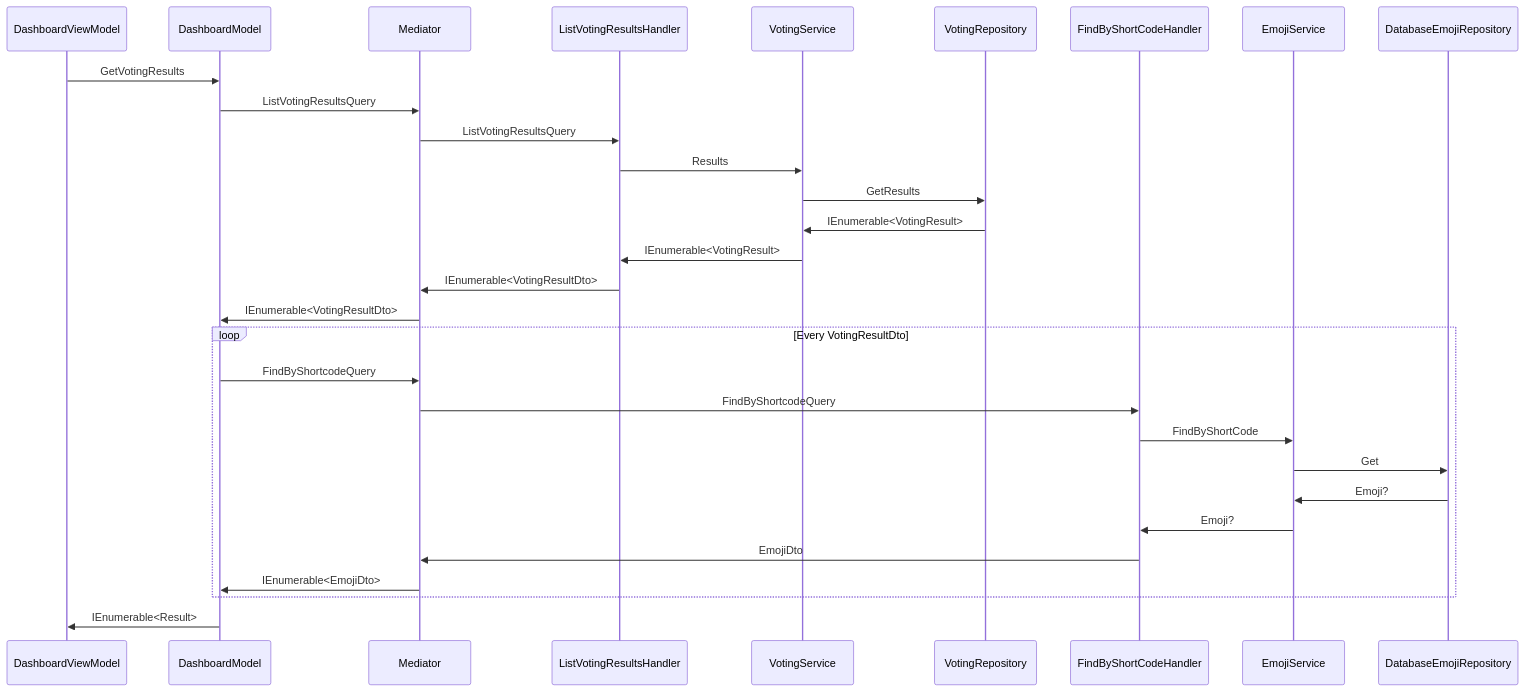
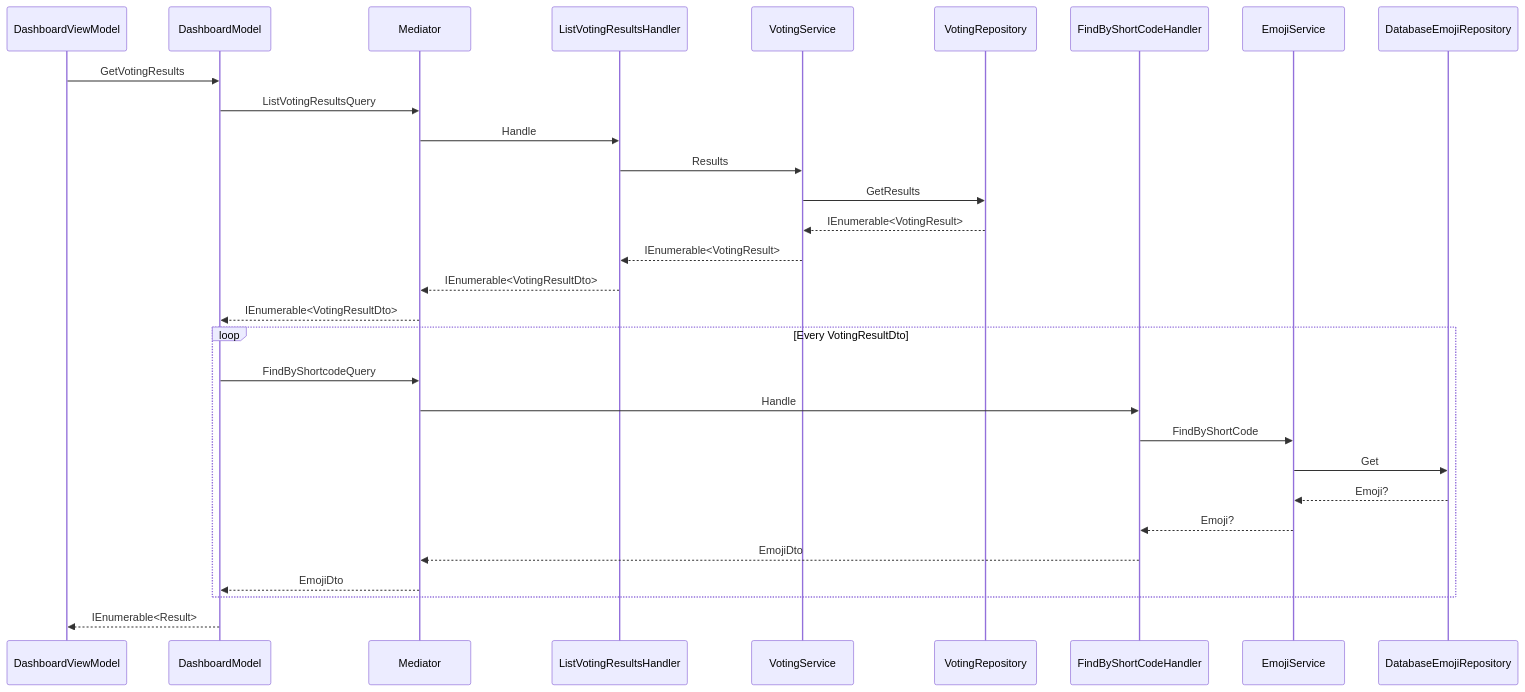
The second of 2 diagrams in README.md (bravecobra/gui_study), drawn with Mermaid before and after one commit. The commit also changed other lines of this file, not shown here.

Commit message:
Added a sequencediagram for getting the votable emojis.

````diff
--- a/README.md
+++ b/README.md
@@ -3,24 +24,23 @@
 ``` mermaid
 sequenceDiagram
     DashboardViewModel->>DashboardModel:GetVotingResults
     DashboardModel->>Mediator:ListVotingResultsQuery
-    Mediator->>ListVotingResultsHandler:ListVotingResultsQuery
+    Mediator->>ListVotingResultsHandler:Handle
     ListVotingResultsHandler->>VotingService:Results
     VotingService->>VotingRepository:GetResults
-    VotingRepository->>VotingService:IEnumerable<VotingResult>
-    VotingService->>ListVotingResultsHandler:IEnumerable<VotingResult>
-    ListVotingResultsHandler->>Mediator:IEnumerable<VotingResultDto>
-    Mediator->>DashboardModel:IEnumerable<VotingResultDto>
+    VotingRepository-->>VotingService:IEnumerable<VotingResult>
+    VotingService-->>ListVotingResultsHandler:IEnumerable<VotingResult>
+    ListVotingResultsHandler-->>Mediator:IEnumerable<VotingResultDto>
+    Mediator-->>DashboardModel:IEnumerable<VotingResultDto>
     loop Every VotingResultDto
         DashboardModel->>Mediator:FindByShortcodeQuery
-        Mediator->>FindByShortCodeHandler:FindByShortcodeQuery
+        Mediator->>FindByShortCodeHandler:Handle
         FindByShortCodeHandler->>EmojiService:FindByShortCode
         EmojiService->>DatabaseEmojiRepository:Get
-        DatabaseEmojiRepository->>EmojiService:Emoji?
-        EmojiService->>FindByShortCodeHandler:Emoji?
-        FindByShortCodeHandler->>Mediator:EmojiDto
-        Mediator->>DashboardModel:IEnumerable<EmojiDto>
+        DatabaseEmojiRepository-->>EmojiService:Emoji?
+        EmojiService-->>FindByShortCodeHandler:Emoji?
+        FindByShortCodeHandler-->>Mediator:EmojiDto
+        Mediator-->>DashboardModel:EmojiDto
     end
-    DashboardModel->>DashboardViewModel:IEnumerable<Result>
-
+    DashboardModel-->>DashboardViewModel:IEnumerable<Result>
 ```
````
